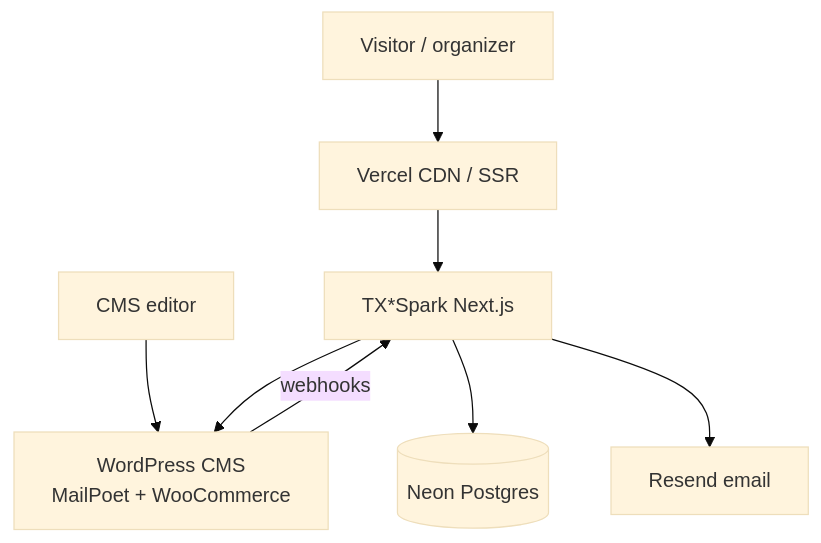
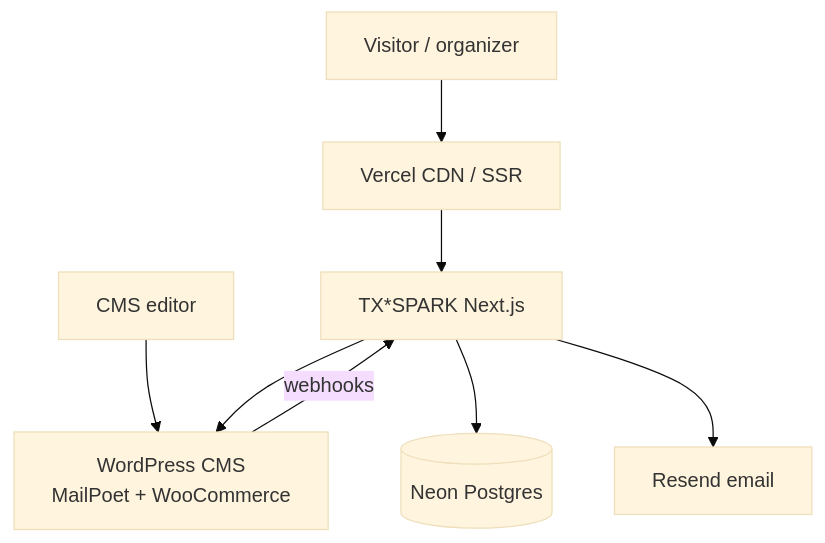
The first of 6 diagrams in docs/architecture.md (b59-studio/spark), drawn with Mermaid (base theme) before and after one commit. The commit also changed other lines of this file and 44 other files, not shown here.

First line of the commit message:
refactor(brand): apply TX*SPARK identity across site copy and tokens

````diff
--- a/docs/architecture.md
+++ b/docs/architecture.md
@@ -22,18 +22,18 @@
 ```mermaid
 graph TB
     visitor[Visitor / organizer]
     editor[CMS editor]
-    site[TX*Spark Next.js]
+    site[TX*SPARK Next.js]
     wp[WordPress CMS<br/>MailPoet + WooCommerce]
     neon[(Neon Postgres)]
     resend[Resend email]
     vercel[Vercel CDN / SSR]
 
     visitor --> vercel
     vercel --> site
     editor --> wp
     site --> wp
     site --> neon
     site --> resend
     wp -->|webhooks| site
 ```
````
